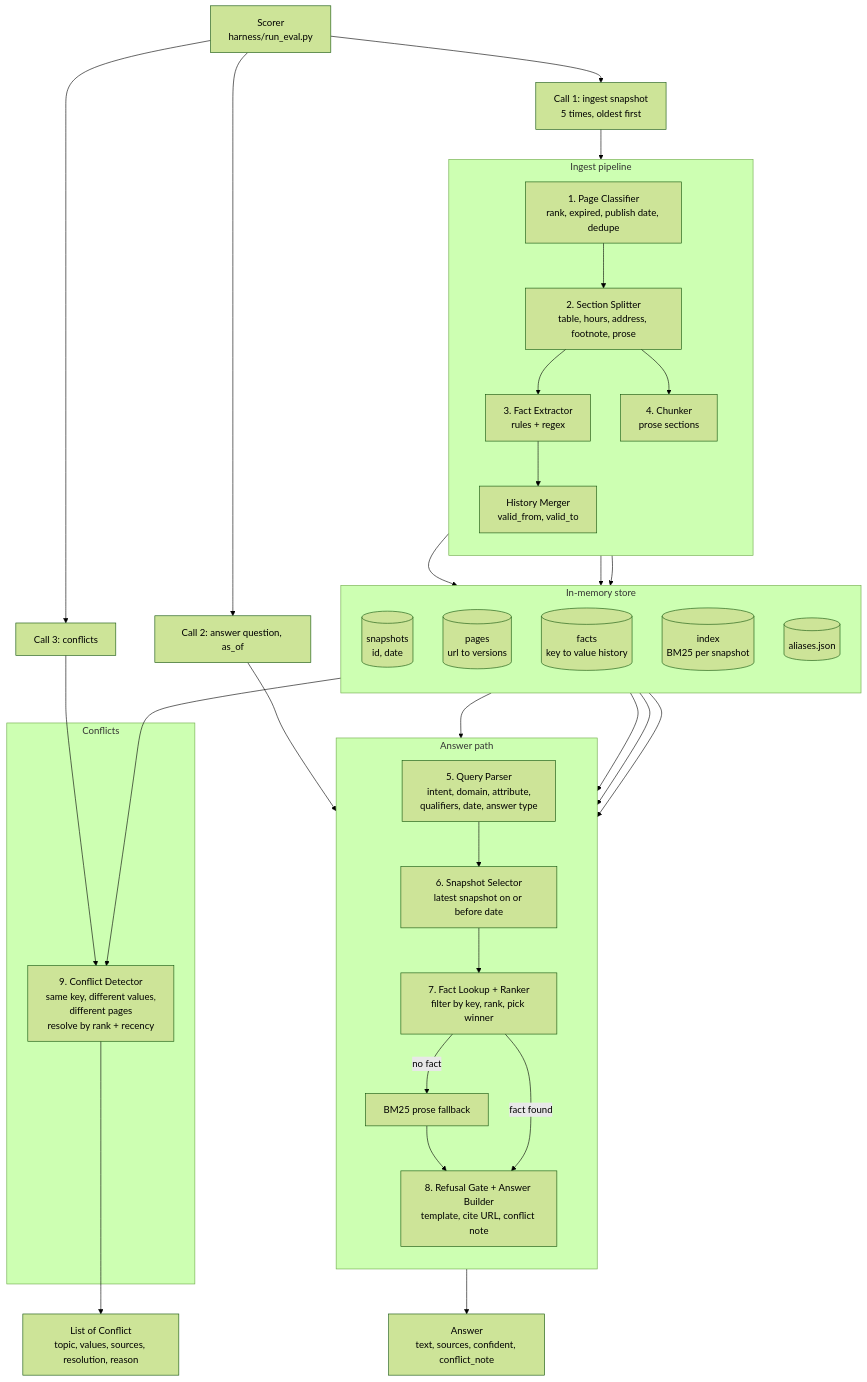
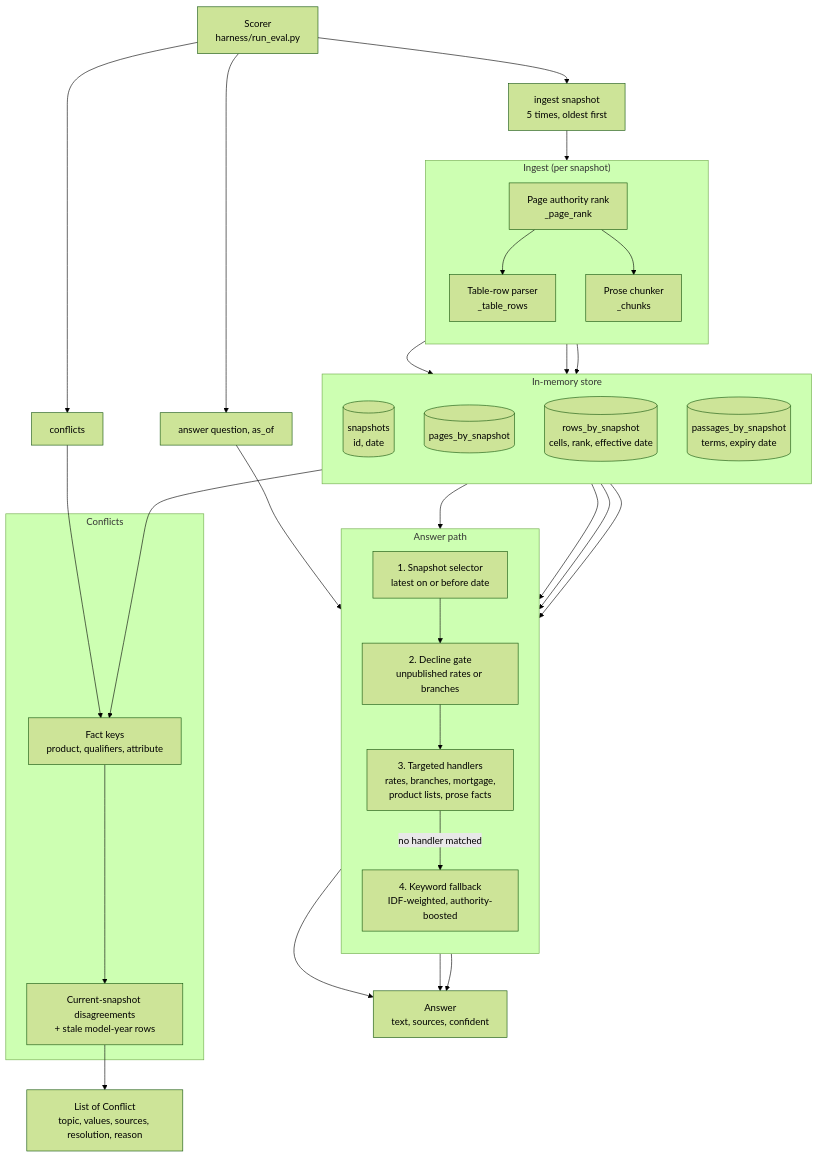
One commit to prabirit/knowledge-system-credit changed the first of 3 diagrams in docs/ARCHITECTURE.md. Above: the diagram before and after it, drawn with Mermaid (forest theme). The commit also changed other lines of this file and 2 other files, not shown here.

Commit message:
Rewrite architecture doc to match the built system; add requirements.txt

````diff
--- a/docs/ARCHITECTURE.md
+++ b/docs/ARCHITECTURE.md
@@ -83,64 +71,60 @@
 ```mermaid
 flowchart TB
     H["Scorer<br/>harness/run_eval.py"]
-    C1["Call 1: ingest snapshot<br/>5 times, oldest first"]
-    C2["Call 2: answer question, as_of"]
-    C3["Call 3: conflicts"]
+    C1["ingest snapshot<br/>5 times, oldest first"]
+    C2["answer question, as_of"]
+    C3["conflicts"]
     H --> C1
     H --> C2
     H --> C3
 
-    subgraph ING["Ingest pipeline"]
+    subgraph ING["Ingest (per snapshot)"]
         direction TB
-        PC["1. Page Classifier<br/>rank, expired, publish date, dedupe"]
-        SS["2. Section Splitter<br/>table, hours, address, footnote, prose"]
-        FE["3. Fact Extractor<br/>rules + regex"]
-        CH["4. Chunker<br/>prose sections"]
-        HM["History Merger<br/>valid_from, valid_to"]
-        PC --> SS
-        SS --> FE
-        SS --> CH
-        FE --> HM
+        PR["Page authority rank<br/>_page_rank"]
+        TR["Table-row parser<br/>_table_rows"]
+        CH["Prose chunker<br/>_chunks"]
+        PR --> TR
+        PR --> CH
     end
 
     subgraph STORE["In-memory store"]
         direction TB
         S1[("snapshots<br/>id, date")]
-        S2[("pages<br/>url to versions")]
-        S3[("facts<br/>key to value history")]
-        S4[("index<br/>BM25 per snapshot")]
-        S5[("aliases.json")]
+        S2[("pages_by_snapshot")]
+        S3[("rows_by_snapshot<br/>cells, rank, effective date")]
+        S4[("passages_by_snapshot<br/>terms, expiry date")]
     end
 
     subgraph ANS["Answer path"]
         direction TB
-        QP["5. Query Parser<br/>intent, domain, attribute,<br/>qualifiers, date, answer type"]
-        SEL["6. Snapshot Selector<br/>latest snapshot on or before date"]
-        FL["7. Fact Lookup + Ranker<br/>filter by key, rank, pick winner"]
-        FB["BM25 prose fallback"]
-        RB["8. Refusal Gate + Answer Builder<br/>template, cite URL, conflict note"]
-        QP --> SEL --> FL
-        FL -->|no fact| FB --> RB
-        FL -->|fact found| RB
+        SEL["1. Snapshot selector<br/>latest on or before date"]
+        DEC["2. Decline gate<br/>unpublished rates or branches"]
+        RH["3. Targeted handlers<br/>rates, branches, mortgage,<br/>product lists, prose facts"]
+        FB["4. Keyword fallback<br/>IDF-weighted, authority-boosted"]
+        SEL --> DEC --> RH
+        RH -->|no handler matched| FB
     end
 
     subgraph CON["Conflicts"]
-        CD["9. Conflict Detector<br/>same key, different values,<br/>different pages<br/>resolve by rank + recency"]
+        FK["Fact keys<br/>product, qualifiers, attribute"]
+        CD["Current-snapshot disagreements<br/>+ stale model-year rows"]
+        FK --> CD
     end
 
-    C1 --> PC
-    C2 --> QP
-    C3 --> CD
+    C1 --> PR
+    TR --> S3
+    CH --> S4
+    PR --> S2
+    C2 --> SEL
+    S1 --> SEL
+    S2 --> RH
+    S3 --> RH
+    S4 --> FB
+    C3 --> FK
+    S3 --> FK
 
-    PC --> S2
-    HM --> S3
-    CH --> S4
-    S1 --> SEL
-    S5 --> QP
-    S3 --> FL
-    S4 --> FB
-    S3 --> CD
-
-    RB --> OUT1["Answer<br/>text, sources, confident, conflict_note"]
+    RH --> OUT1["Answer<br/>text, sources, confident"]
+    FB --> OUT1
+    DEC --> OUT1
     CD --> OUT2["List of Conflict<br/>topic, values, sources, resolution, reason"]
 ```
````
